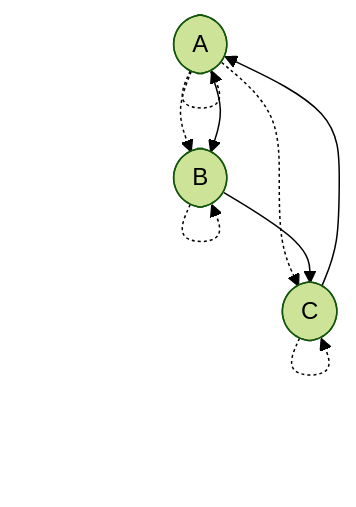
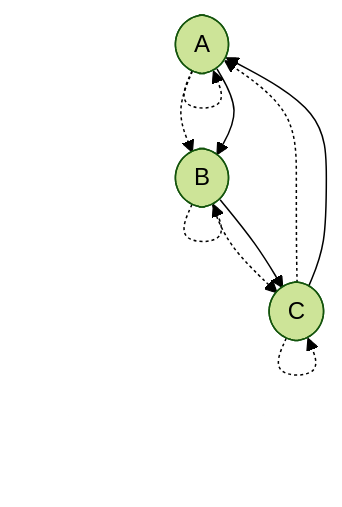
One commit to stepchowfun/proofs changed diagram 17 of 25 in proofs/AdmissibilityGraph/README.md. Above: the diagram before and after it, drawn with Mermaid (forest theme). The commit also changed other lines of this file and 2 other files, not shown here.

Commit message:
Remove the antisymmetry axiom from the admissibility graph development

````diff
--- a/proofs/AdmissibilityGraph/README.md
+++ b/proofs/AdmissibilityGraph/README.md
@@ -352,16 +333,17 @@
 ```mermaid
 flowchart TD
   a([A])
   b([B])
   c([C])
 
   a -.-> a
   b -.-> b
   c -.-> c
   a -.-> b
-  a -.-> c
+  b -.-> c
+  c -.-> a
 
   a --> b
   b --> c
   c --> a
 ```
````
